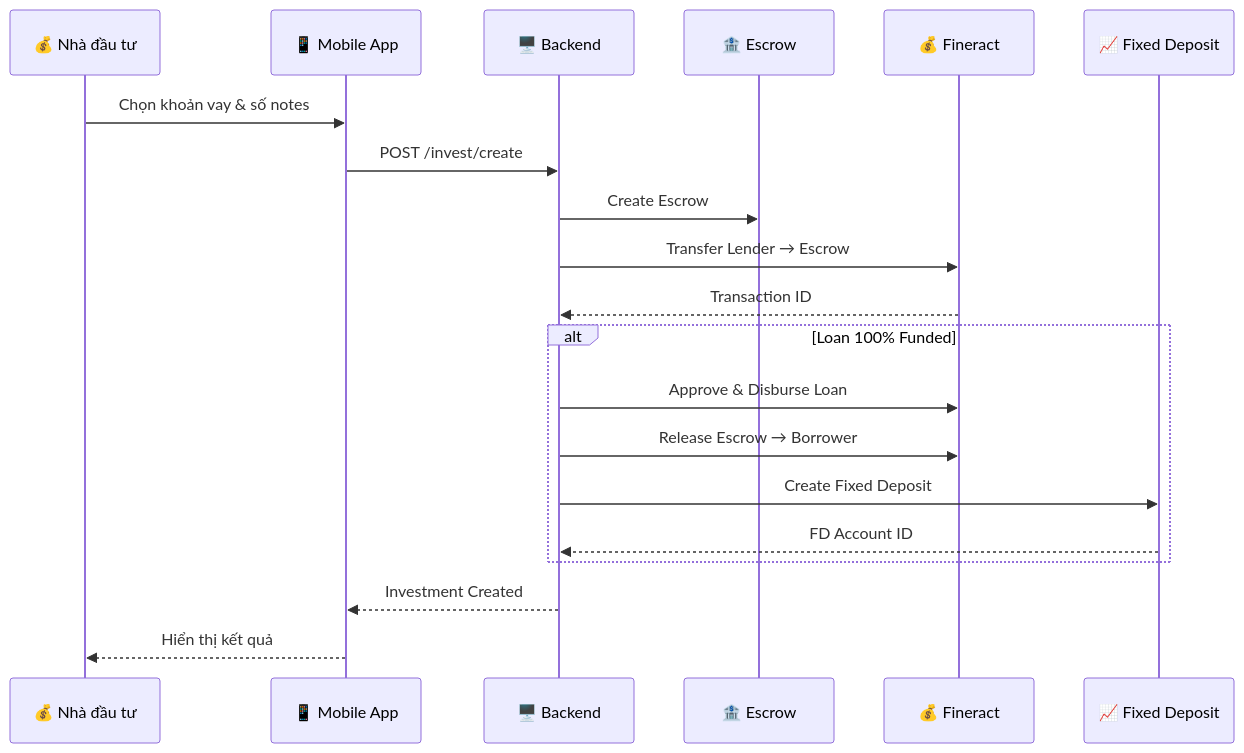
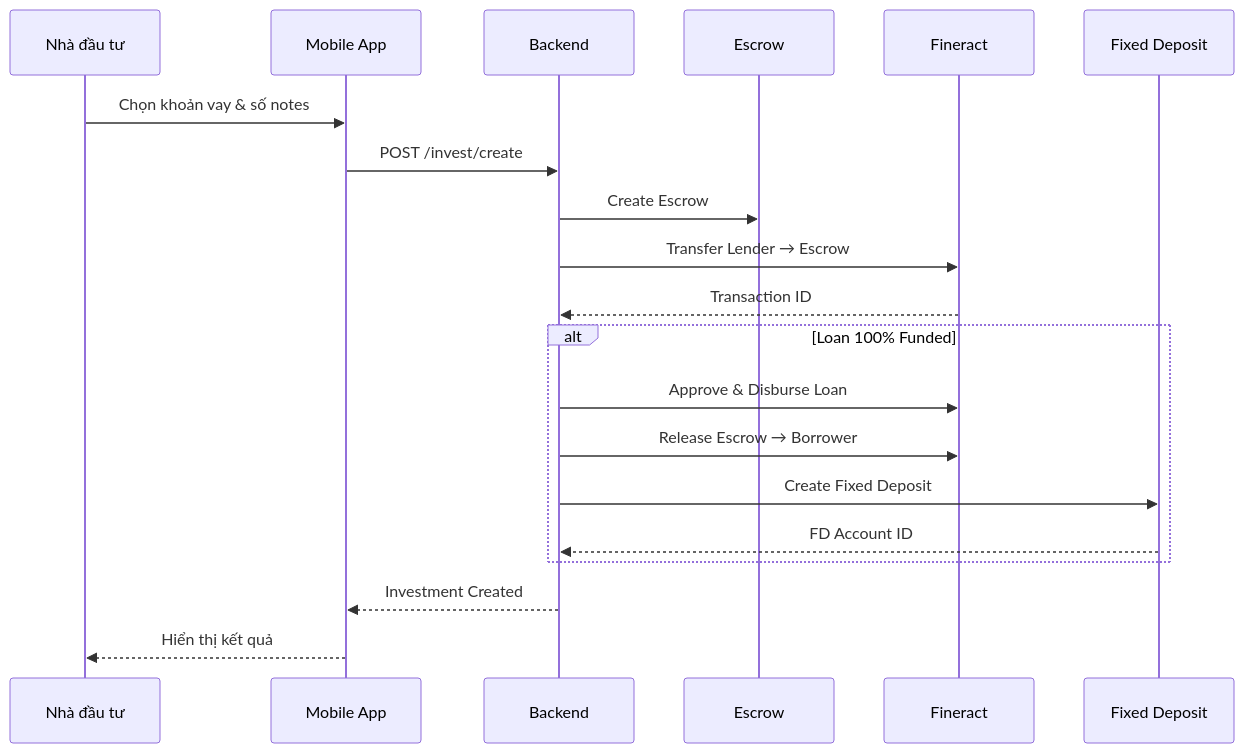
One commit to TruonggGiangg/p2p-do-an changed the diagram in docs/docs/features/investment.md. Above: the diagram before and after it, drawn with Mermaid. The commit also changed other lines of this file and 8 other files, not shown here.

````diff
--- a/docs/docs/features/investment.md
+++ b/docs/docs/features/investment.md
@@ -18,25 +20,25 @@
 ```mermaid
 sequenceDiagram
-    participant Lender as 💰 Nhà đầu tư
-    participant App as 📱 Mobile App
-    participant API as 🖥️ Backend
-    participant Escrow as 🏦 Escrow
-    participant Fineract as 💰 Fineract
-    participant FD as 📈 Fixed Deposit
+    participant Lender as Nhà đầu tư
+    participant App as Mobile App
+    participant API as Backend
+    participant Escrow as Escrow
+    participant Fineract as Fineract
+    participant FD as Fixed Deposit
 
     Lender->>App: Chọn khoản vay & số notes
     App->>API: POST /invest/create
     API->>Escrow: Create Escrow
     API->>Fineract: Transfer Lender → Escrow
     Fineract-->>API: Transaction ID
     
     alt Loan 100% Funded
         API->>Fineract: Approve & Disburse Loan
         API->>Fineract: Release Escrow → Borrower
         API->>FD: Create Fixed Deposit
         FD-->>API: FD Account ID
     end
     
     API-->>App: Investment Created
     App-->>Lender: Hiển thị kết quả
 ```
````
